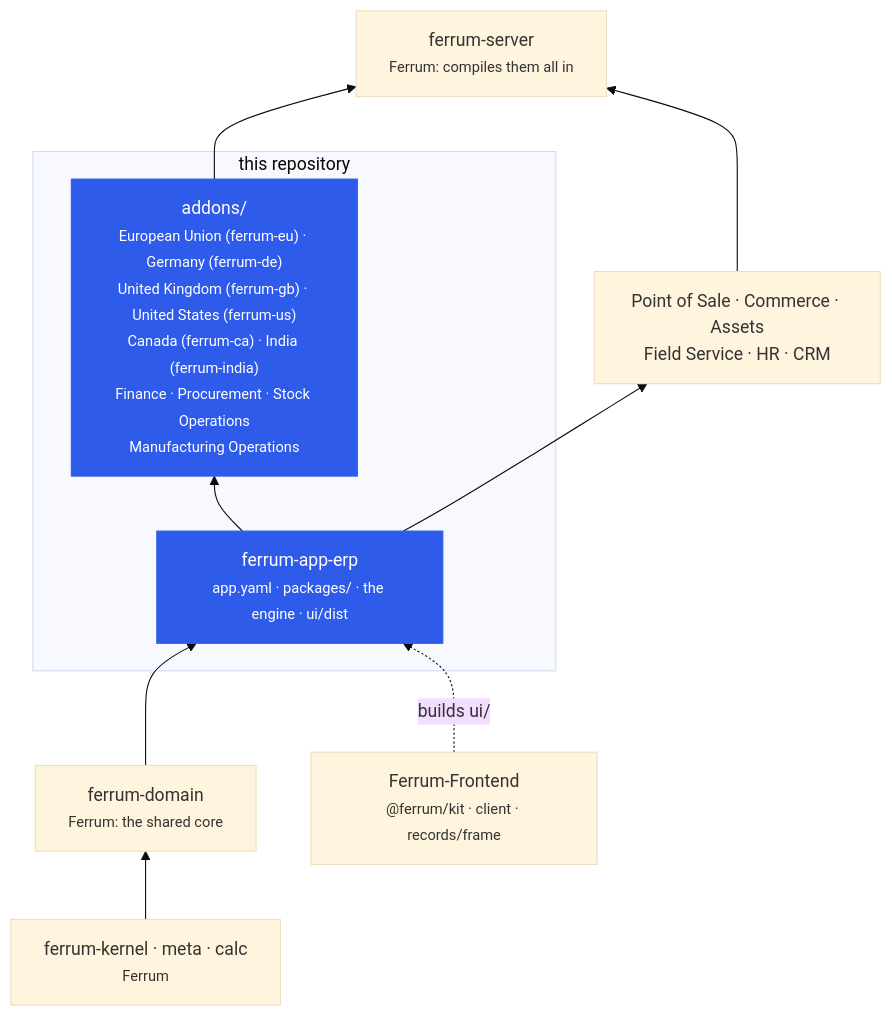
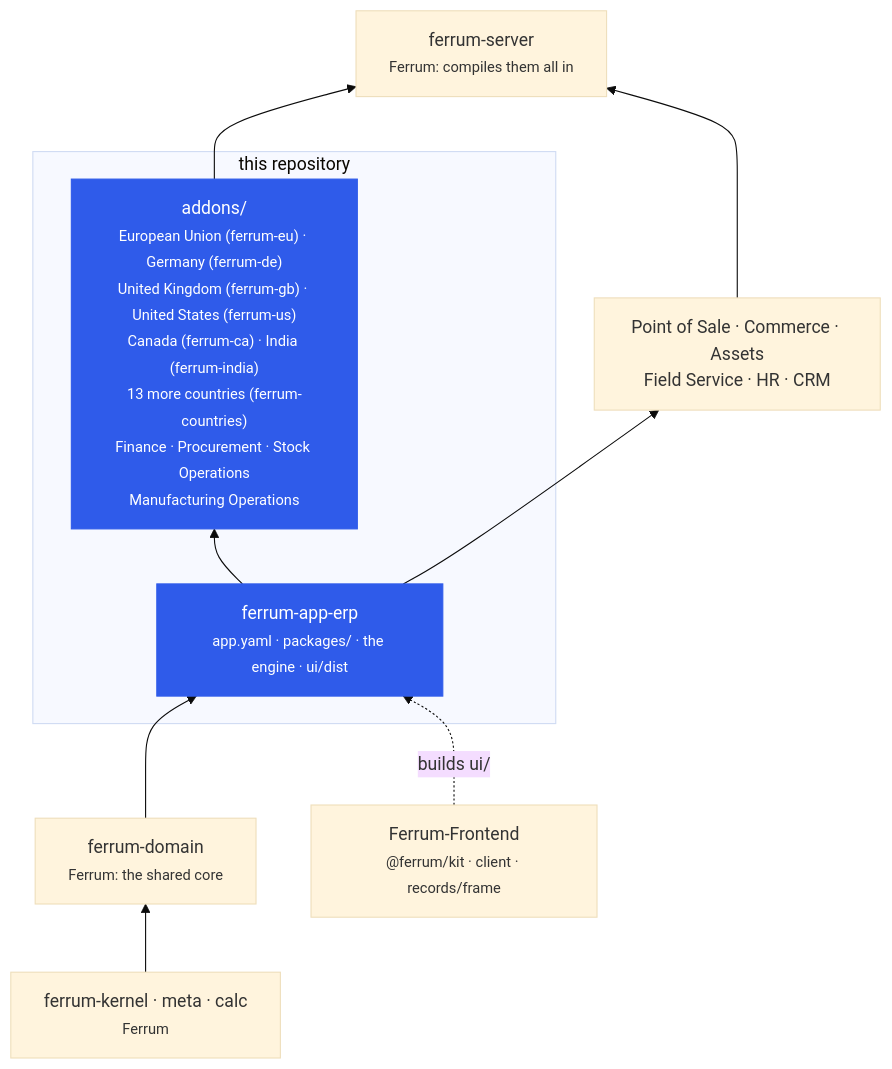
One commit to CBFerrum/ferrum-app-erp changed the third of 3 diagrams in README.md. Above: the diagram before and after it, drawn with Mermaid (base theme). The commit also changed other lines of this file, not shown here.

Commit message:
README: thirteen more countries on one VAT/GST engine (ferrum-countries: South East Asia, the Gulf, Australia, New Zealand, Japan, Mexico, China)

````diff
--- a/README.md
+++ b/README.md
@@ -186,20 +209,20 @@
 ```mermaid
 flowchart BT
     KER["ferrum-kernel · meta · calc<br/><small>Ferrum</small>"]
     CORE["ferrum-domain<br/><small>Ferrum: the shared core</small>"]
     subgraph REPO["this repository"]
         APP["ferrum-app-erp<br/><small>app.yaml · packages/ · the engine · ui/dist</small>"]
-        ADD["addons/<br/><small>European Union (ferrum-eu) · Germany (ferrum-de)<br/>United Kingdom (ferrum-gb) · United States (ferrum-us)<br/>Canada (ferrum-ca) · India (ferrum-india)<br/>Finance · Procurement · Stock Operations<br/>Manufacturing Operations</small>"]
+        ADD["addons/<br/><small>European Union (ferrum-eu) · Germany (ferrum-de)<br/>United Kingdom (ferrum-gb) · United States (ferrum-us)<br/>Canada (ferrum-ca) · India (ferrum-india)<br/>13 more countries (ferrum-countries)<br/>Finance · Procurement · Stock Operations<br/>Manufacturing Operations</small>"]
     end
     APPS["Point of Sale · Commerce · Assets<br/>Field Service · HR · CRM"]
     SRV["ferrum-server<br/><small>Ferrum: compiles them all in</small>"]
     FE["Ferrum-Frontend<br/><small>@ferrum/kit · client · records/frame</small>"]
     KER --> CORE --> APP
     APP --> ADD
     APP --> APPS
     ADD --> SRV
     APPS --> SRV
     FE -. builds ui/ .-> APP
     classDef erp fill:#2f5bea,color:#fff,stroke:#2f5bea
     class APP,ADD erp
 ```
````
